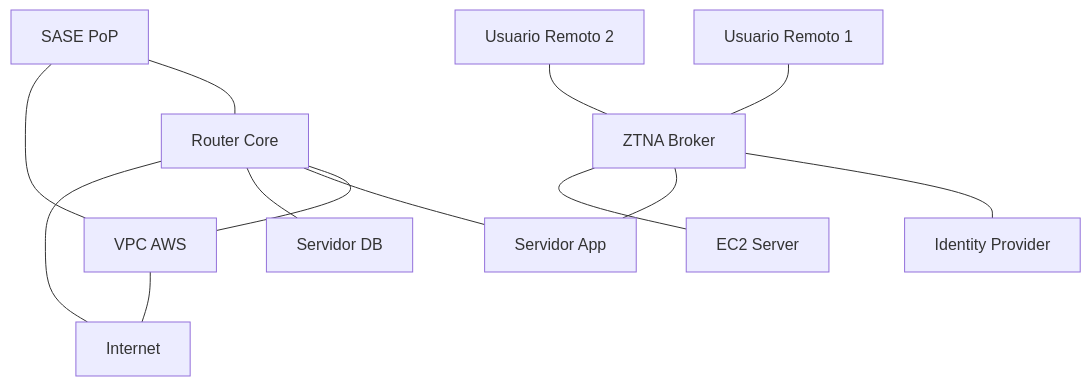
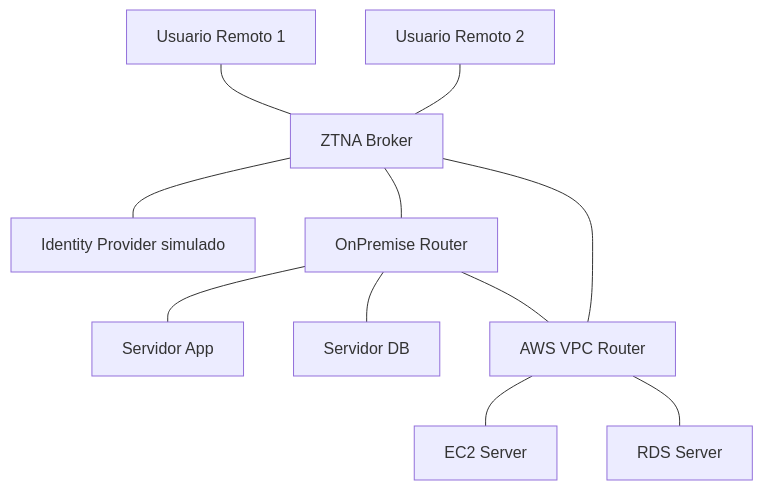
One commit to asideloko/Networking-Lab changed the diagram in docs/labs/lab-12/index.md. Above: the diagram before and after it, drawn with Mermaid. The commit also changed other lines of this file and 13 other files, not shown here.

````diff
--- a/docs/labs/lab-12/index.md
+++ b/docs/labs/lab-12/index.md
@@ -11,25 +15,23 @@
 ```mermaid
 graph TB
-    R1[Router Core]
+    R1[OnPremise Router]
     APP[Servidor App]
     DB[Servidor DB]
-    VPC[VPC AWS]
+    VPC[AWS VPC Router]
     EC2[EC2 Server]
+    RDS[RDS Server]
     ZTNA[ZTNA Broker]
-    IDP[Identity Provider]
-    SASE[SASE PoP]
+    IDP[Identity Provider simulado]
     USER1[Usuario Remoto 1]
     USER2[Usuario Remoto 2]
     USER1 --- ZTNA
     USER2 --- ZTNA
     ZTNA --- IDP
-    ZTNA --- APP
-    ZTNA --- EC2
-    R1 --- VPC
+    ZTNA --- R1
+    ZTNA --- VPC
     R1 --- APP
     R1 --- DB
-    SASE --- R1
-    SASE --- VPC
-    R1 --- Internet
-    VPC --- Internet
+    R1 --- VPC
+    VPC --- EC2
+    VPC --- RDS
 ```
````
